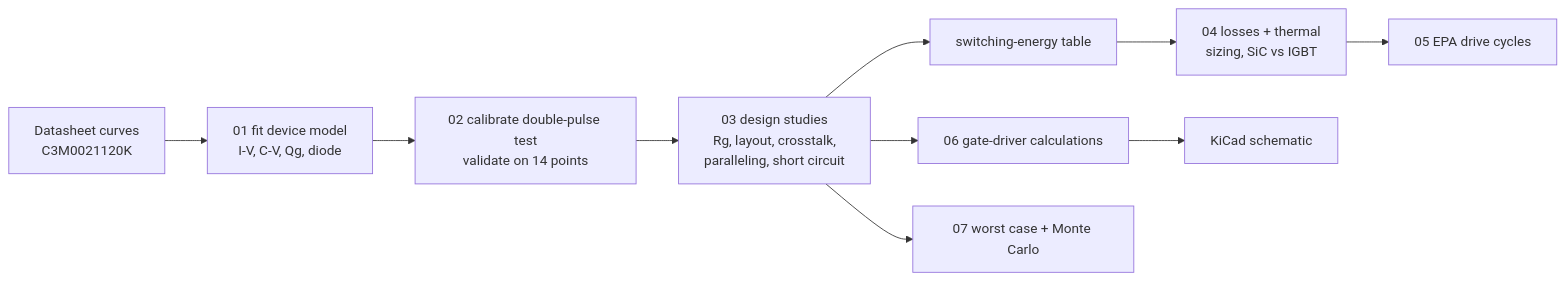
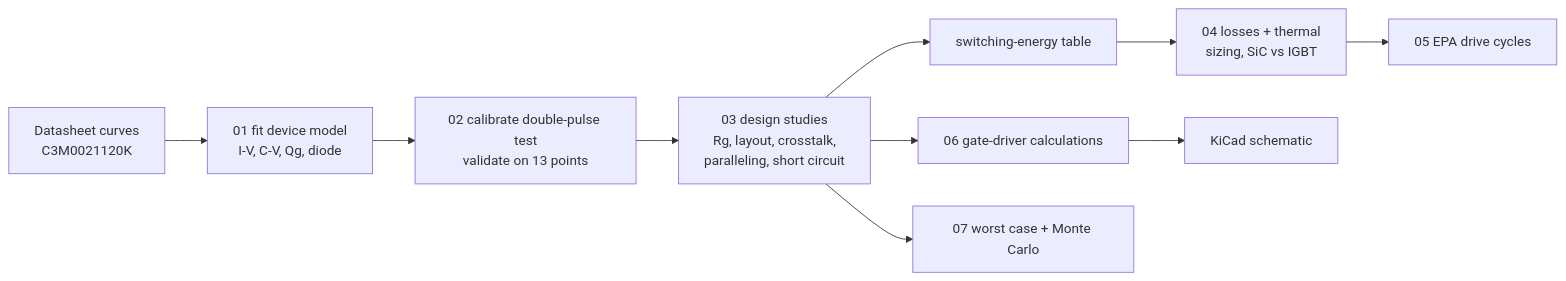
The diagram in README.md (radhepa/sic-inverter-800v), drawn with Mermaid before and after one commit. The commit also changed other lines of this file and 5 other files, not shown here.

````diff
--- a/README.md
+++ b/README.md
@@ -56,12 +56,12 @@
 ```mermaid
 flowchart LR
     DS[Datasheet curves<br/>C3M0021120K] --> FIT[01 fit device model<br/>I-V, C-V, Qg, diode]
-    FIT --> CAL[02 calibrate double-pulse test<br/>validate on 14 points]
+    FIT --> CAL[02 calibrate double-pulse test<br/>validate on 13 points]
     CAL --> SW[03 design studies<br/>Rg, layout, crosstalk,<br/>paralleling, short circuit]
     SW --> TAB[switching-energy table]
     TAB --> LOSS[04 losses + thermal<br/>sizing, SiC vs IGBT]
     LOSS --> CYC[05 EPA drive cycles]
     SW --> GD[06 gate-driver calculations]
     SW --> WCA[07 worst case + Monte Carlo]
     GD --> SCH[KiCad schematic]
 ```
````
